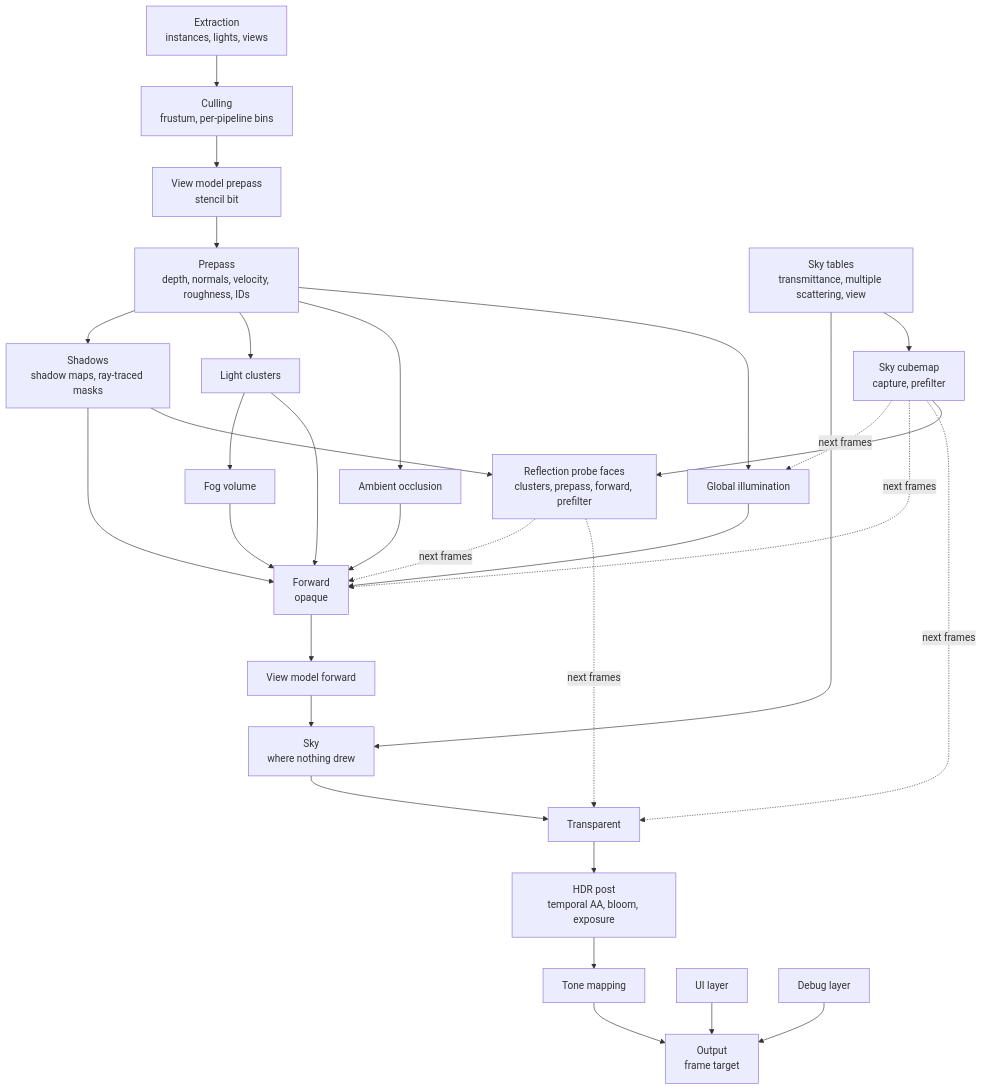
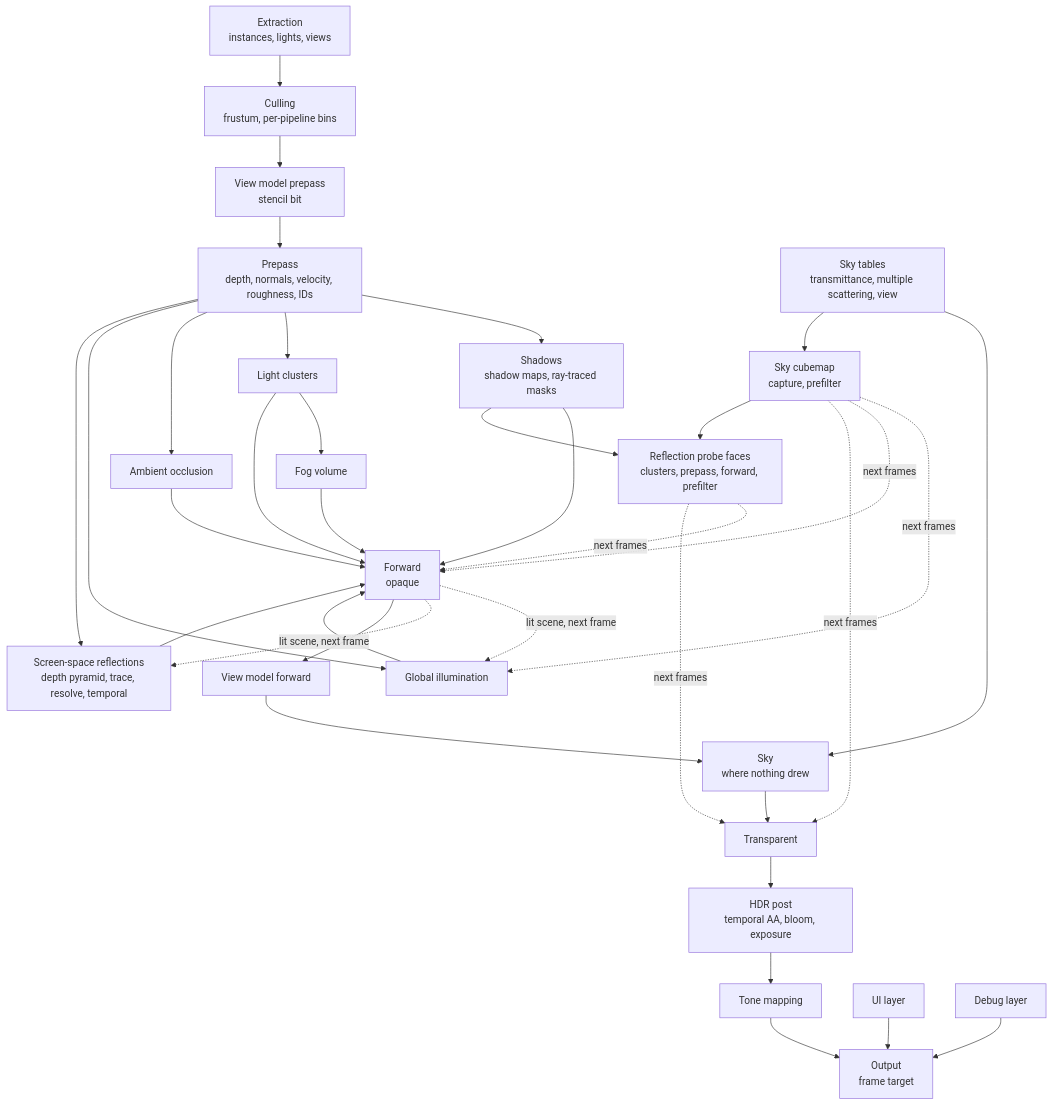
One commit to aszecsei/cinnabar changed the diagram in docs/rendering/frame.md. Above: the diagram before and after it, drawn with Mermaid. The commit also changed other lines of this file and 11 other files, not shown here.

````diff
--- a/docs/rendering/frame.md
+++ b/docs/rendering/frame.md
@@ -5,35 +5,37 @@
 ```mermaid
 flowchart TB
     EXTRACT["Extraction<br/>instances, lights, views"]
     CULL["Culling<br/>frustum, per-pipeline bins"]
     PRE["Prepass<br/>depth, normals, velocity, roughness, IDs"]
     VMPRE["View model prepass<br/>stencil bit"]
     SHADOW["Shadows<br/>shadow maps, ray-traced masks"]
     CLUSTER["Light clusters"]
     AO["Ambient occlusion"]
     GI["Global illumination"]
+    SSR["Screen-space reflections<br/>depth pyramid, trace, resolve, temporal"]
     FOG["Fog volume"]
     SKYLUT["Sky tables<br/>transmittance, multiple scattering, view"]
     SKYCUBE["Sky cubemap<br/>capture, prefilter"]
     PROBES["Reflection probe faces<br/>clusters, prepass, forward, prefilter"]
     SKY["Sky<br/>where nothing drew"]
     FWD["Forward<br/>opaque"]
     VMFWD["View model forward"]
     TRANS["Transparent"]
     POST["HDR post<br/>temporal AA, bloom, exposure"]
     TONE["Tone mapping"]
     UI["UI layer"]
     DEBUG["Debug layer"]
     OUT["Output<br/>frame target"]
 
     EXTRACT --> CULL --> VMPRE --> PRE
-    PRE --> SHADOW & CLUSTER & AO & GI
+    PRE --> SHADOW & CLUSTER & AO & GI & SSR
     CLUSTER --> FOG
-    SHADOW & CLUSTER & AO & GI & FOG --> FWD
+    SHADOW & CLUSTER & AO & GI & SSR & FOG --> FWD
+    FWD -.->|"lit scene, next frame"| GI & SSR
     SKYLUT --> SKY
     SKYLUT --> SKYCUBE -.->|"next frames"| GI & FWD & TRANS
     SHADOW & SKYCUBE --> PROBES -.->|"next frames"| FWD & TRANS
     FWD --> VMFWD --> SKY --> TRANS --> POST --> TONE --> OUT
     UI --> OUT
     DEBUG --> OUT
 ```
````
